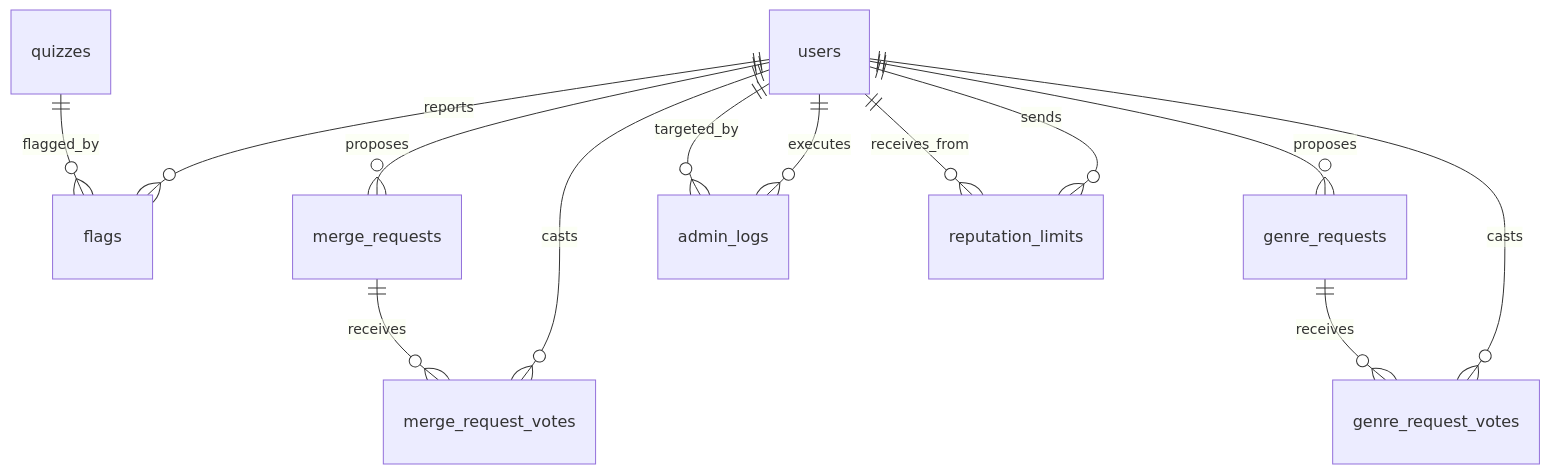
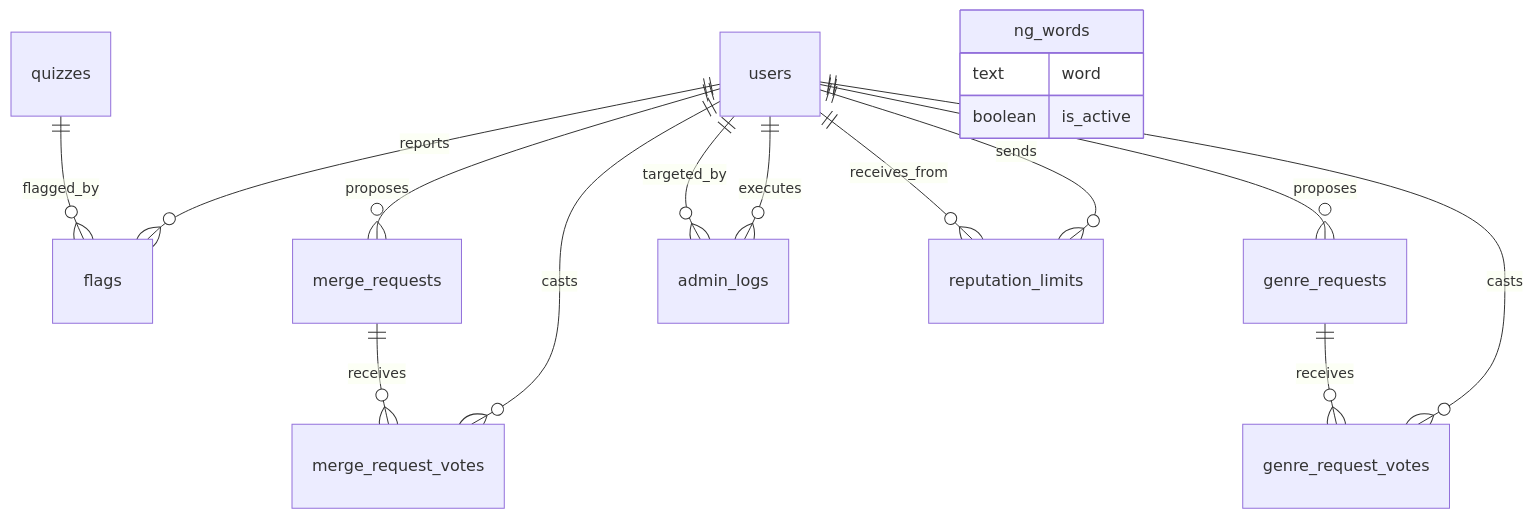
The seventh of 7 diagrams in .kiro/specs/supabase-governance/design.md (npressoworks/quizetika), drawn with Mermaid before and after one commit. The commit also changed other lines of this file and 14 other files, not shown here.

````diff
--- a/.kiro/specs/supabase-governance/design.md
+++ b/.kiro/specs/supabase-governance/design.md
@@ -452,15 +538,19 @@
 ```mermaid
 erDiagram
     quizzes ||--o{ flags : flagged_by
     users ||--o{ flags : reports
     users ||--o{ merge_requests : proposes
     merge_requests ||--o{ merge_request_votes : receives
     users ||--o{ merge_request_votes : casts
     users ||--o{ genre_requests : proposes
     genre_requests ||--o{ genre_request_votes : receives
     users ||--o{ genre_request_votes : casts
     users ||--o{ admin_logs : targeted_by
     users ||--o{ admin_logs : executes
     users ||--o{ reputation_limits : receives_from
     users ||--o{ reputation_limits : sends
+    ng_words {
+        text word
+        boolean is_active
+    }
 ```
````
